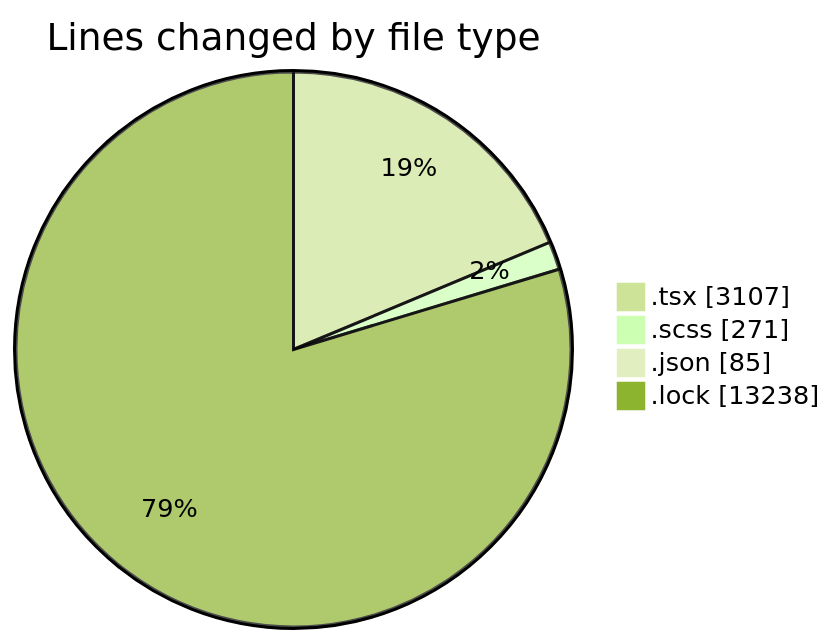
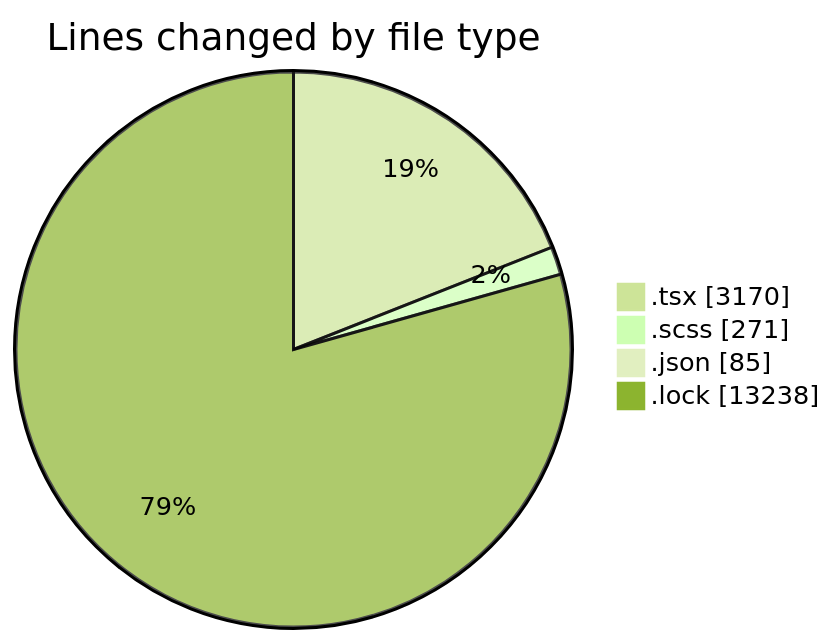
Before and after one commit to momahboobian/code-tracking: the first of 2 diagrams in 2025-11-18/cda/README.md, drawn with Mermaid (forest theme). The commit also changed other lines of this file and 1 other file, not shown here.

````diff
--- a/2025-11-18/cda/README.md
+++ b/2025-11-18/cda/README.md
@@ -28,8 +29,8 @@
 ```mermaid
 pie showData
 title Lines changed by file type
-".tsx" : 3107
+".tsx" : 3170
 ".scss" : 271
 ".json" : 85
 ".lock" : 13238
 ```
````
